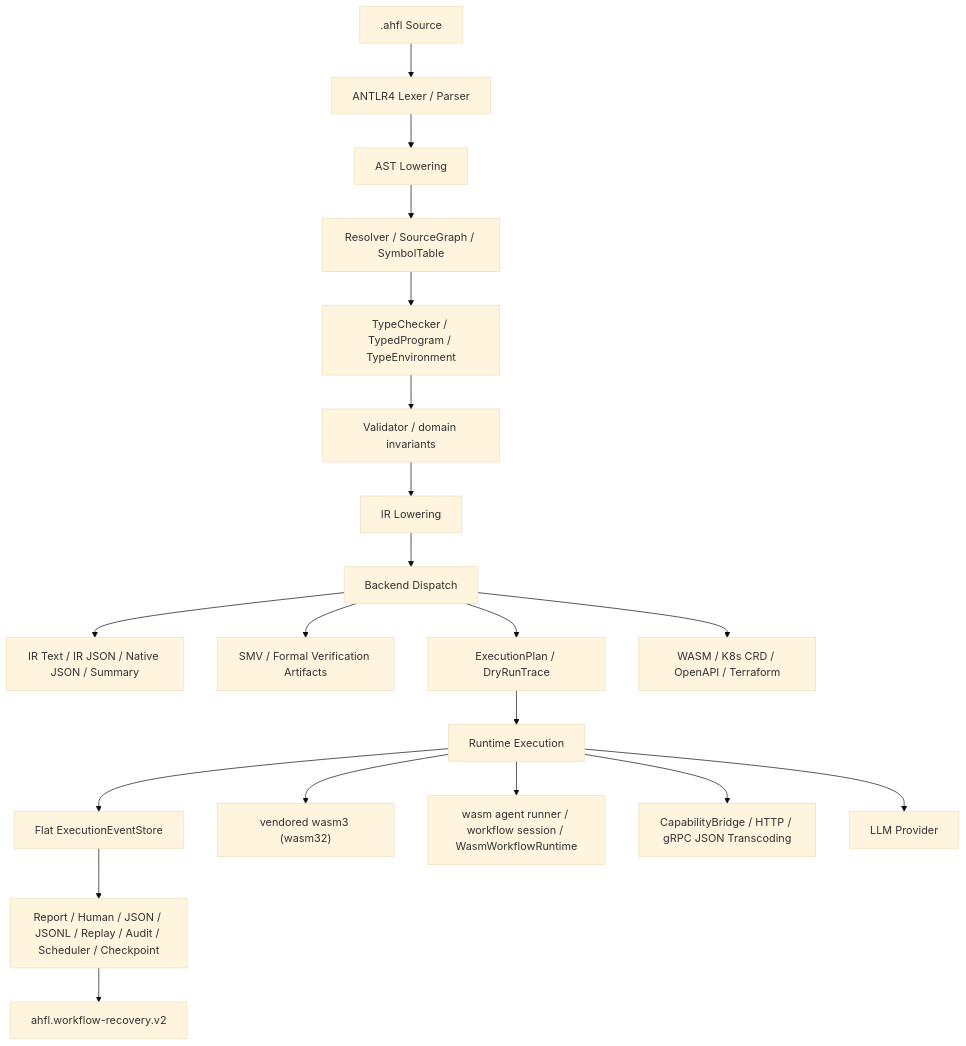
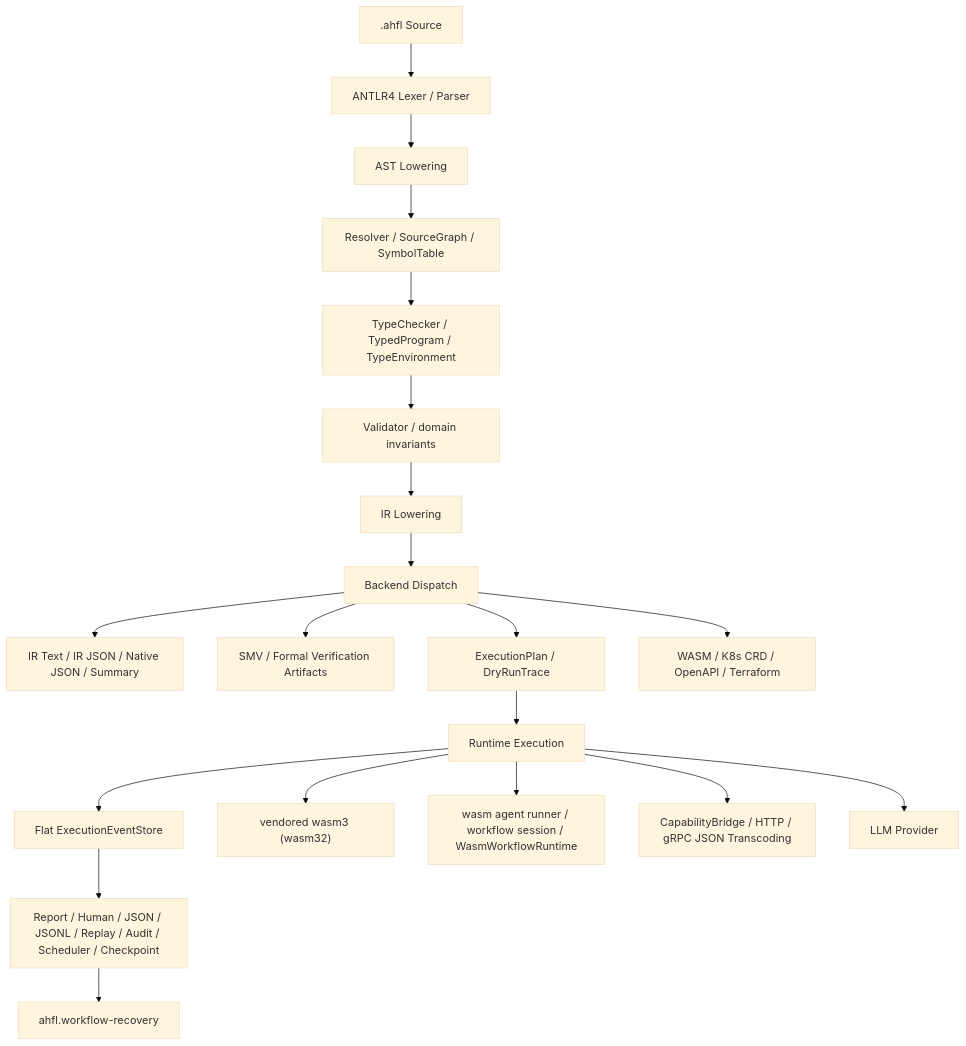
Before and after one commit to Zzzode/AHFL: the first of 2 diagrams in docs/plans/project-status.zh.md, drawn with Mermaid (base theme). The commit also changed other lines of this file and 933 other files, not shown here.

````diff
--- a/docs/plans/project-status.zh.md
+++ b/docs/plans/project-status.zh.md
@@ -28,22 +28,22 @@
 ```mermaid
 flowchart TD
     Source[".ahfl Source"] --> Parser["ANTLR4 Lexer / Parser"]
     Parser --> Frontend["AST Lowering"]
     Frontend --> Resolver["Resolver / SourceGraph / SymbolTable"]
     Resolver --> TypeCheck["TypeChecker / TypedProgram / TypeEnvironment"]
     TypeCheck --> Validate["Validator / domain invariants"]
     Validate --> IRLower["IR Lowering"]
     IRLower --> BackendDispatch["Backend Dispatch"]
     BackendDispatch --> CoreArtifacts["IR Text / IR JSON / Native JSON / Summary"]
     BackendDispatch --> FormalArtifacts["SMV / Formal Verification Artifacts"]
     BackendDispatch --> RuntimeArtifacts["ExecutionPlan / DryRunTrace"]
     BackendDispatch --> TargetArtifacts["WASM / K8s CRD / OpenAPI / Terraform"]
     RuntimeArtifacts --> Runtime["Runtime Execution"]
     Runtime --> Events["Flat ExecutionEventStore"]
     Events --> Projections["Report / Human / JSON / JSONL / Replay / Audit / Scheduler / Checkpoint"]
-    Projections --> Recovery["ahfl.workflow-recovery.v2"]
+    Projections --> Recovery["ahfl.workflow-recovery"]
     Runtime --> WasmEngine["vendored wasm3 (wasm32)"]
     Runtime --> WasmRunners["wasm agent runner / workflow session / WasmWorkflowRuntime"]
     Runtime --> Capability["CapabilityBridge / HTTP / gRPC JSON Transcoding"]
     Runtime --> LLM["LLM Provider"]
 ```
````
